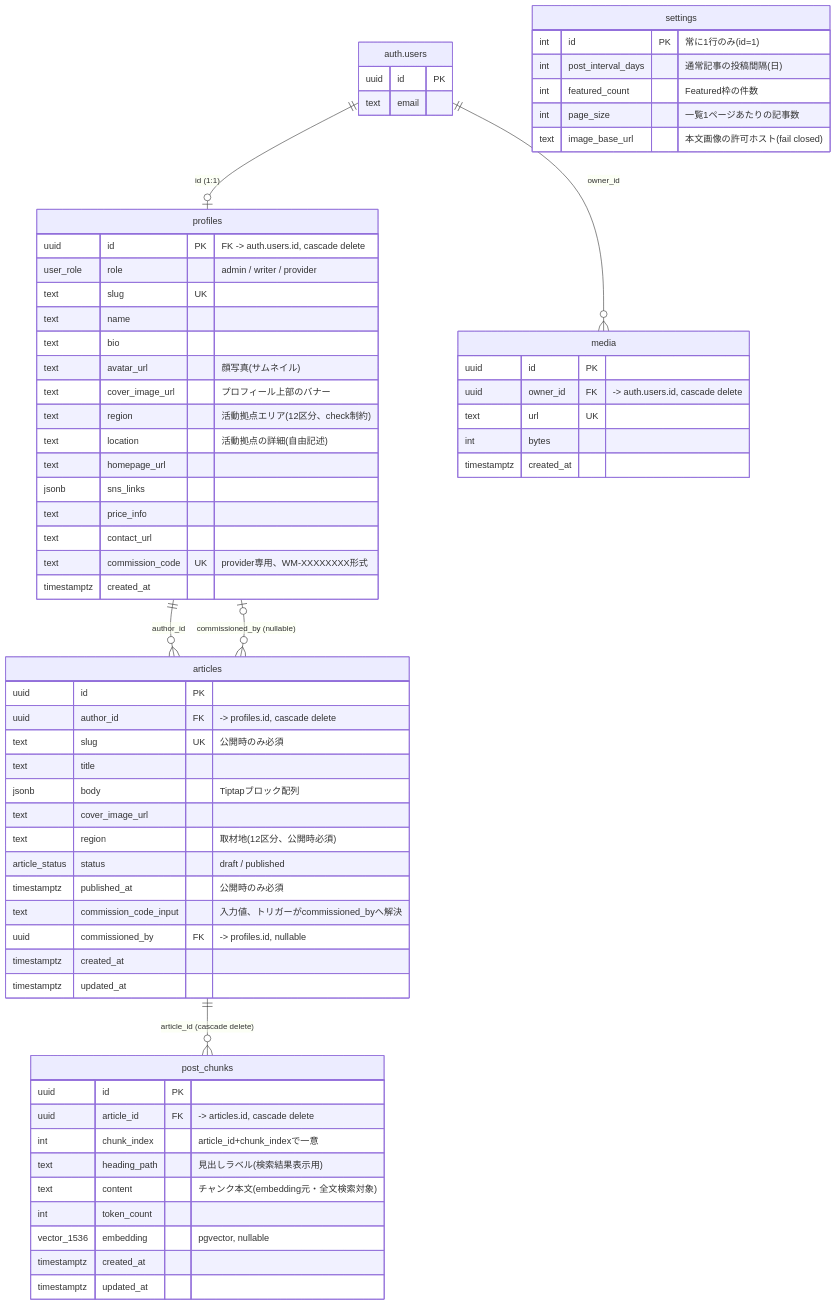
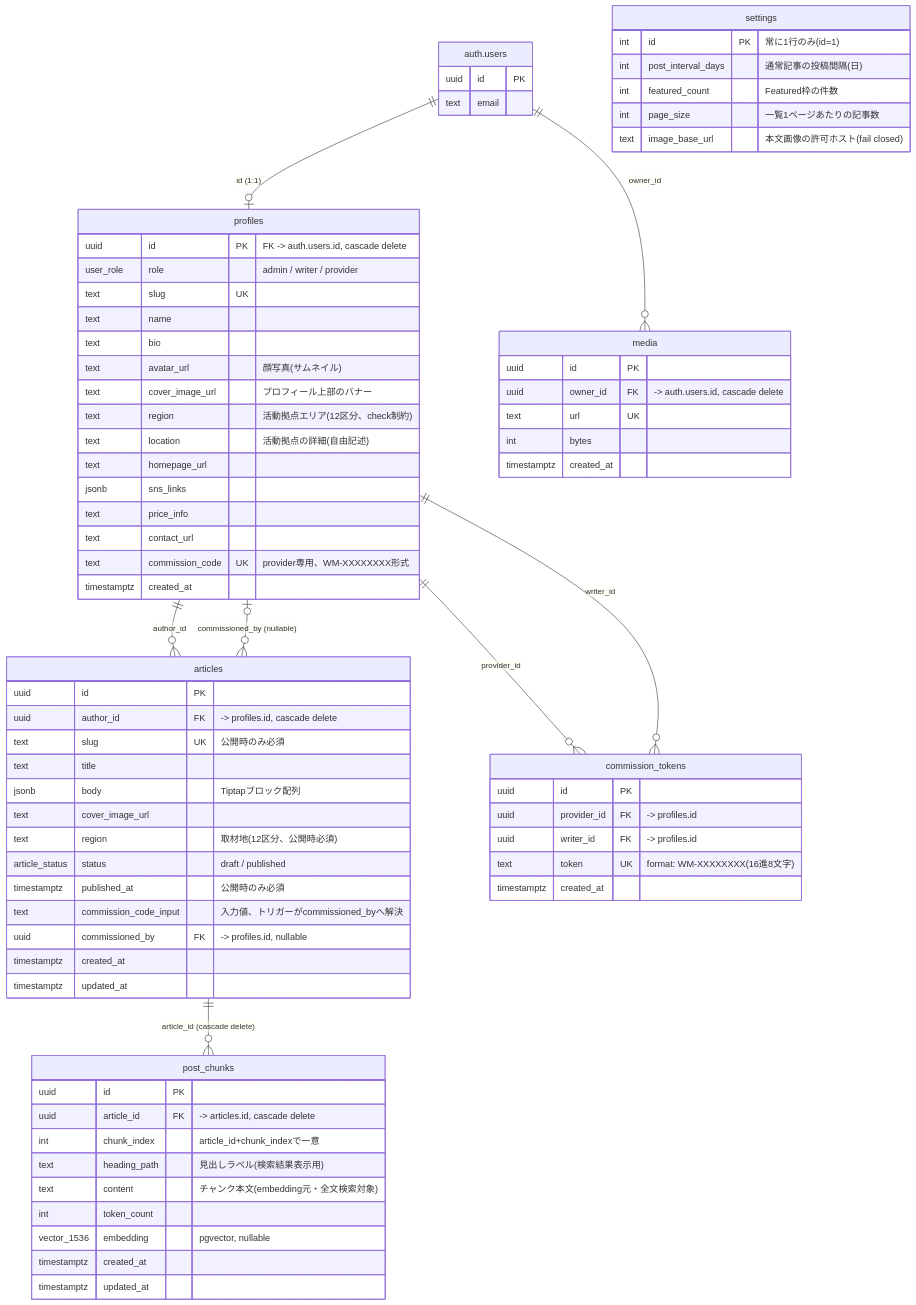
One commit to whimCrouwel/wyld-media changed the diagram in docs/DATABASE.md. Above: the diagram before and after it, drawn with Mermaid. The commit also changed other lines of this file, not shown here.

Commit message:
docs(db): document commission_tokens table and set_commission_token() function
Add ER diagram relationship, table summary, and function definition for
the new commission_tokens table and its trigger function.

````diff
--- a/docs/DATABASE.md
+++ b/docs/DATABASE.md
@@ -9,6 +9,8 @@
     profiles ||--o{ articles : "author_id"
     profiles |o--o{ articles : "commissioned_by (nullable)"
     articles ||--o{ post_chunks : "article_id (cascade delete)"
+    profiles ||--o{ commission_tokens : "provider_id"
+    profiles ||--o{ commission_tokens : "writer_id"
 
     "auth.users" {
         uuid id PK
@@ -76,4 +78,12 @@
         timestamptz created_at
         timestamptz updated_at
     }
+
+    commission_tokens {
+        uuid id PK
+        uuid provider_id FK "-> profiles.id"
+        uuid writer_id FK "-> profiles.id"
+        text token UK "format: WM-XXXXXXXX(16進8文字)"
+        timestamptz created_at
+    }
 ```
````
